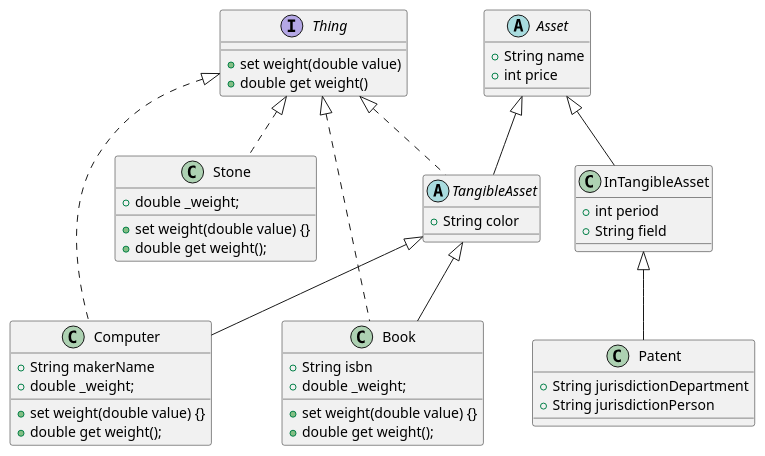
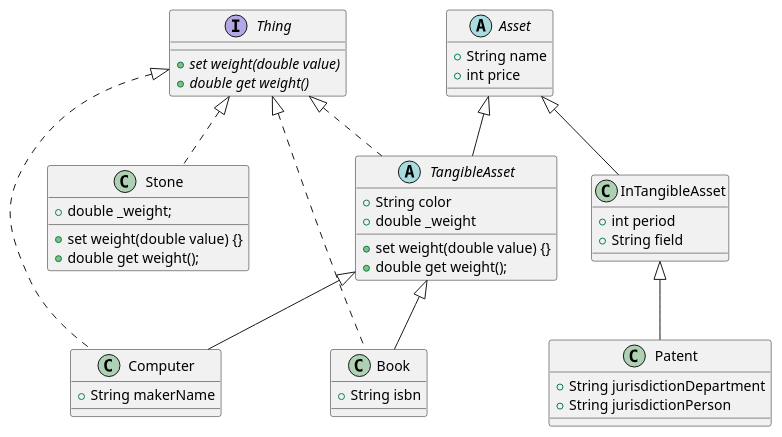
The diagram in lib/240313/diagram/asset_diagram.puml (orm-camp-flutter-2ki/learn_dart_together), drawn with PlantUML before and after one commit. The commit also changed 1 other file, not shown here.

Commit message:
docs: uml 수정

```diff
--- a/lib/240313/diagram/asset_diagram.puml
+++ b/lib/240313/diagram/asset_diagram.puml
@@ -1,45 +1,41 @@
 @startuml Asset 
 scale 1
 abstract class Asset {
   +String name
   +int price  
 }
 abstract class TangibleAsset extends Asset implements Thing{
   +String color
-
+  +double _weight
+  +set weight(double value) {}
+  +double get weight();
 }
 class InTangibleAsset extends Asset {
   +int period
   +String field
 
 }
 class Patent extends InTangibleAsset {
   +String jurisdictionDepartment
   +String jurisdictionPerson
 
 }
 class Book extends TangibleAsset implements Thing {
   +String isbn
-  +double _weight;
 
-  +set weight(double value) {}
-  +double get weight();
 }
 class Computer extends TangibleAsset implements Thing {
   +String makerName
-  +double _weight;
-
-  +set weight(double value) {}
-  +double get weight();
+  
 }
 class Stone implements Thing {  
   +double _weight;
 
   +set weight(double value) {}
   +double get weight();
 }
 interface Thing {
-  +set weight(double value) 
-  +double get weight()
+  +{abstract}set weight(double value) 
+  +{abstract}double get weight()
 }
 @enduml
```
